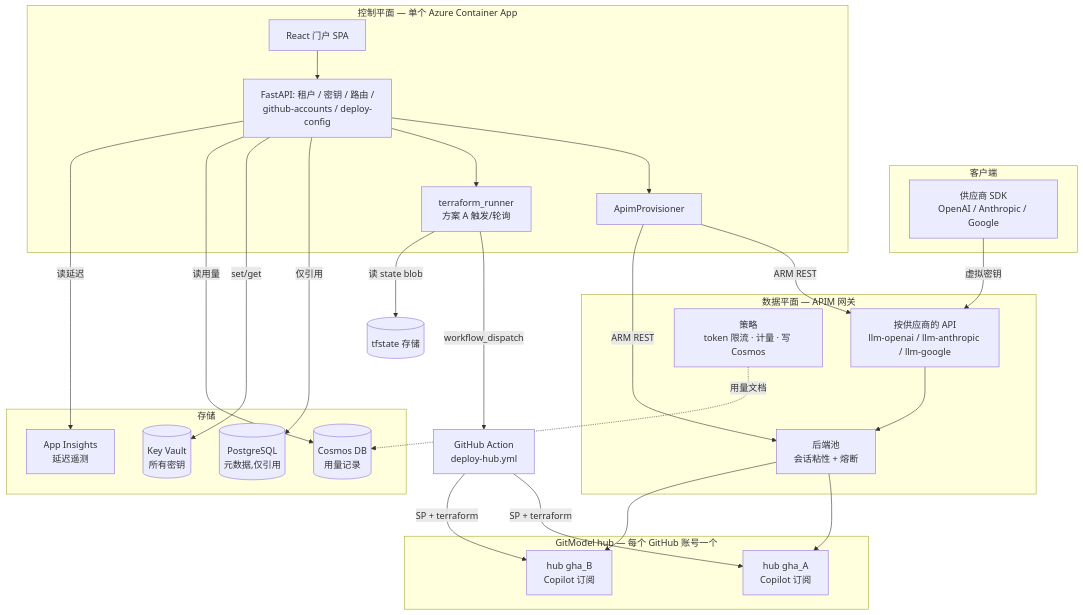
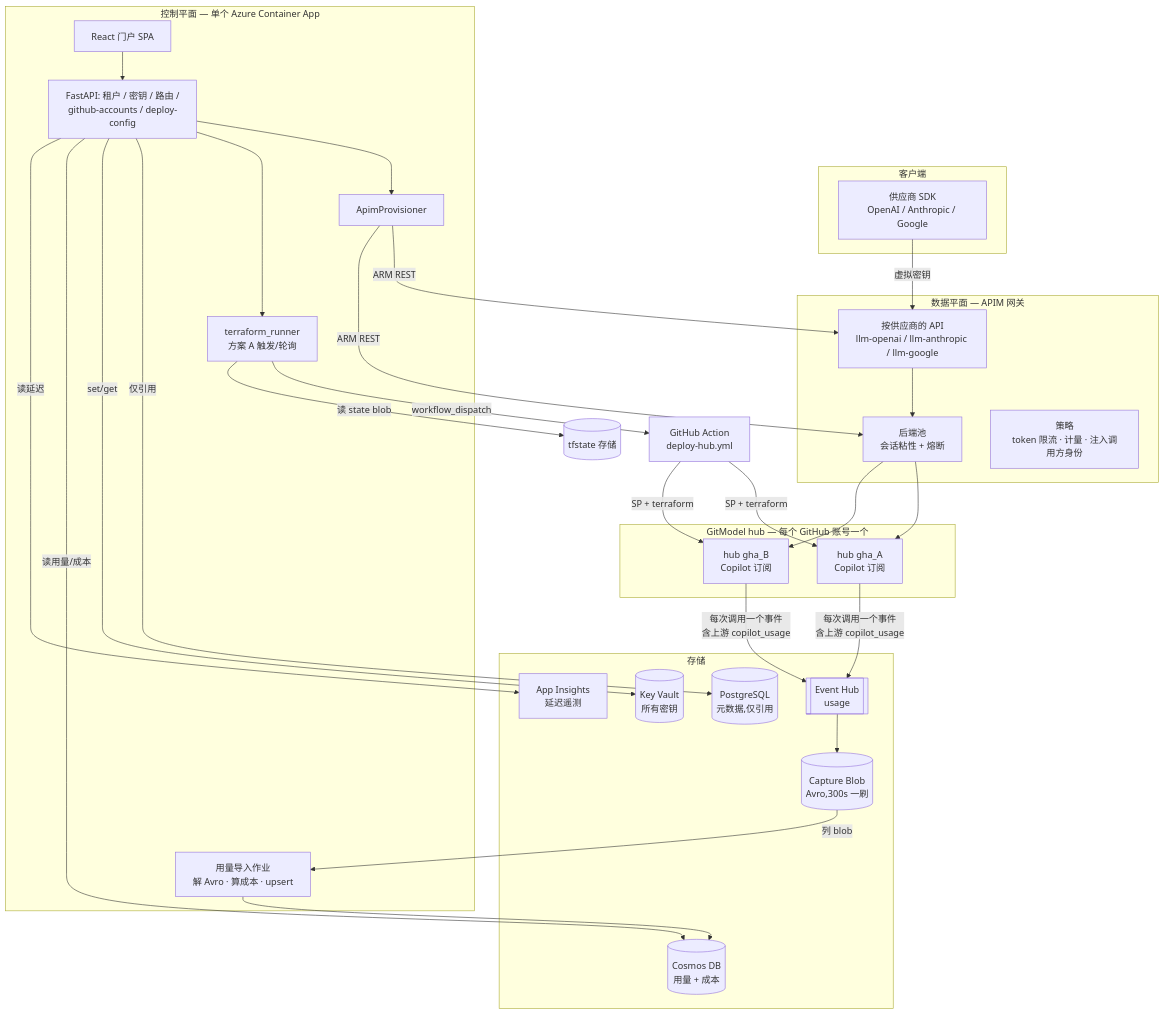
One commit to Nick287/TokenFoundry changed the diagram in README.zh.md. Above: the diagram before and after it, drawn with Mermaid. The commit also changed other lines of this file and 2 other files, not shown here.

````diff
--- a/README.zh.md
+++ b/README.zh.md
@@ -16,42 +16,46 @@
 ```mermaid
 flowchart TB
     subgraph client[客户端]
         SDK[供应商 SDK<br/>OpenAI / Anthropic / Google]
     end
 
     subgraph dataplane[数据平面 — APIM 网关]
         API[按供应商的 API<br/>llm-openai / llm-anthropic / llm-google]
         POOL[后端池<br/>会话粘性 + 熔断]
-        POL[策略<br/>token 限流 · 计量 · 写 Cosmos]
+        POL[策略<br/>token 限流 · 计量 · 注入调用方身份]
     end
 
     subgraph hubs[GitModel hub — 每个 GitHub 账号一个]
         H1[hub gha_A<br/>Copilot 订阅]
         H2[hub gha_B<br/>Copilot 订阅]
     end
 
     subgraph ctrl[控制平面 — 单个 Azure Container App]
         PORTAL[React 门户 SPA]
         APISRV[FastAPI: 租户 / 密钥 / 路由 /<br/>github-accounts / deploy-config]
         PROV[ApimProvisioner]
         TRUN[terraform_runner<br/>方案 A 触发/轮询]
+        IMP[用量导入作业<br/>解 Avro · 算成本 · upsert]
     end
 
     subgraph stores[存储]
         KV[(Key Vault<br/>所有密钥)]
         PG[(PostgreSQL<br/>元数据,仅引用)]
-        COS[(Cosmos DB<br/>用量记录)]
+        EH[[Event Hub<br/>usage]]
+        CAP[(Capture Blob<br/>Avro,300s 一刷)]
+        COS[(Cosmos DB<br/>用量 + 成本)]
         INS[App Insights<br/>延迟遥测]
     end
 
     SDK -->|虚拟密钥| API --> POOL --> H1 & H2
-    POL -.用量文档.-> COS
+    H1 & H2 -->|每次调用一个事件<br/>含上游 copilot_usage| EH --> CAP
+    CAP -->|列 blob| IMP --> COS
     PORTAL --> APISRV --> PROV -->|ARM REST| API & POOL
     APISRV --> TRUN -->|workflow_dispatch| GHA[GitHub Action<br/>deploy-hub.yml]
     GHA -->|SP + terraform| H1 & H2
     APISRV -->|仅引用| PG
     APISRV -->|set/get| KV
-    APISRV -->|读用量| COS
+    APISRV -->|读用量/成本| COS
     APISRV -->|读延迟| INS
     TRUN -->|读 state blob| TFSTATE[(tfstate 存储)]
 ```
````
